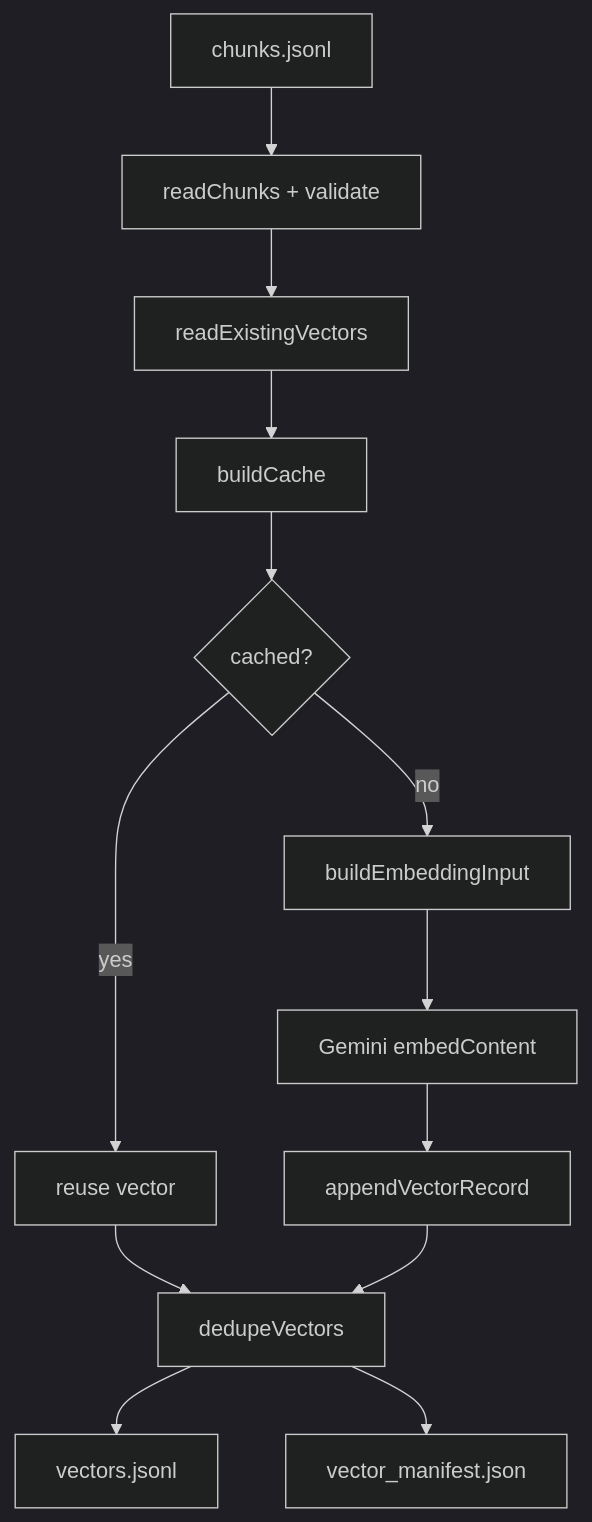
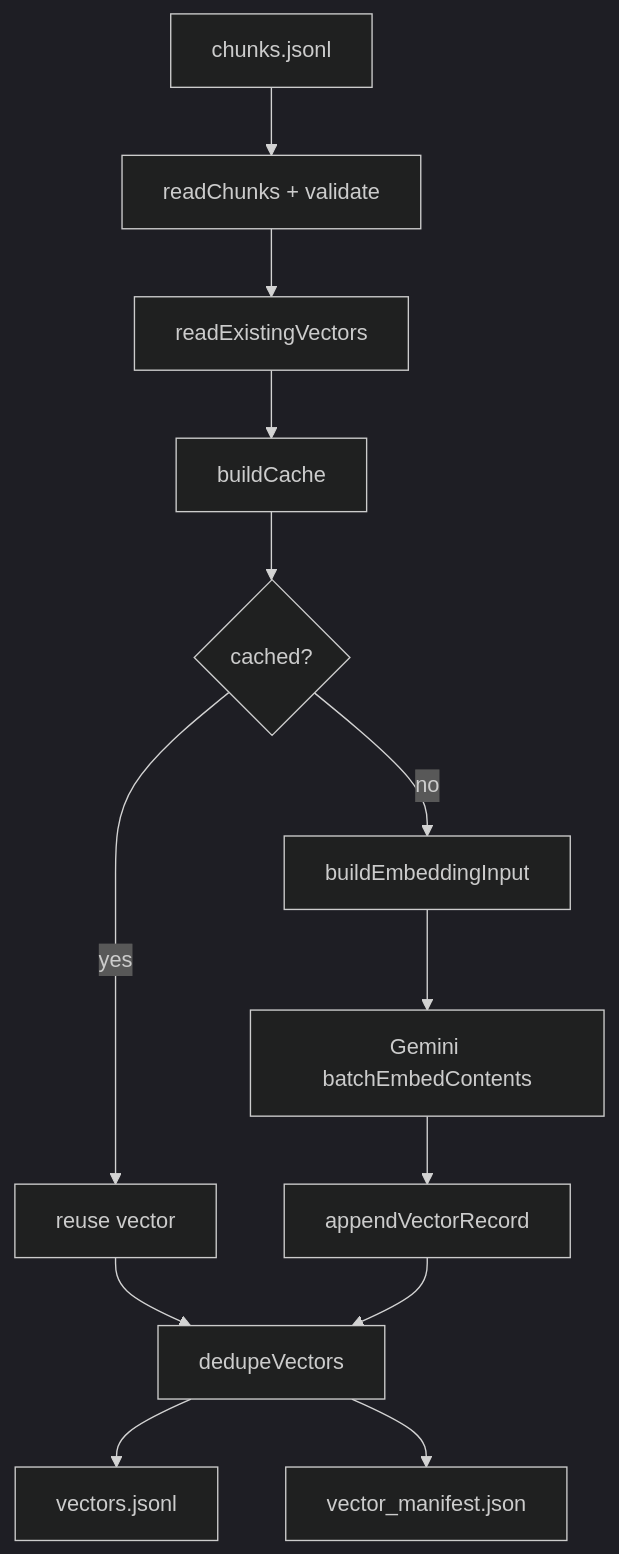
Before and after one commit to RohanImmanuel/wdio-supporteval-copilot: the fourth of 5 diagrams in ingestion/README.md, drawn with Mermaid (dark theme). The commit also changed other lines of this file and 5 other files, not shown here.

````diff
--- a/ingestion/README.md
+++ b/ingestion/README.md
@@ -158,15 +158,15 @@
 ```mermaid
 flowchart TD
     A[chunks.jsonl] --> B[readChunks + validate]
     B --> C[readExistingVectors]
     C --> D[buildCache]
     D --> E{cached?}
     E -- yes --> F[reuse vector]
     E -- no --> G[buildEmbeddingInput]
-    G --> H[Gemini embedContent]
+    G --> H[Gemini batchEmbedContents]
     H --> I[appendVectorRecord]
     F --> J[dedupeVectors]
     I --> J
     J --> K[vectors.jsonl]
     J --> L[vector_manifest.json]
 ```
````
